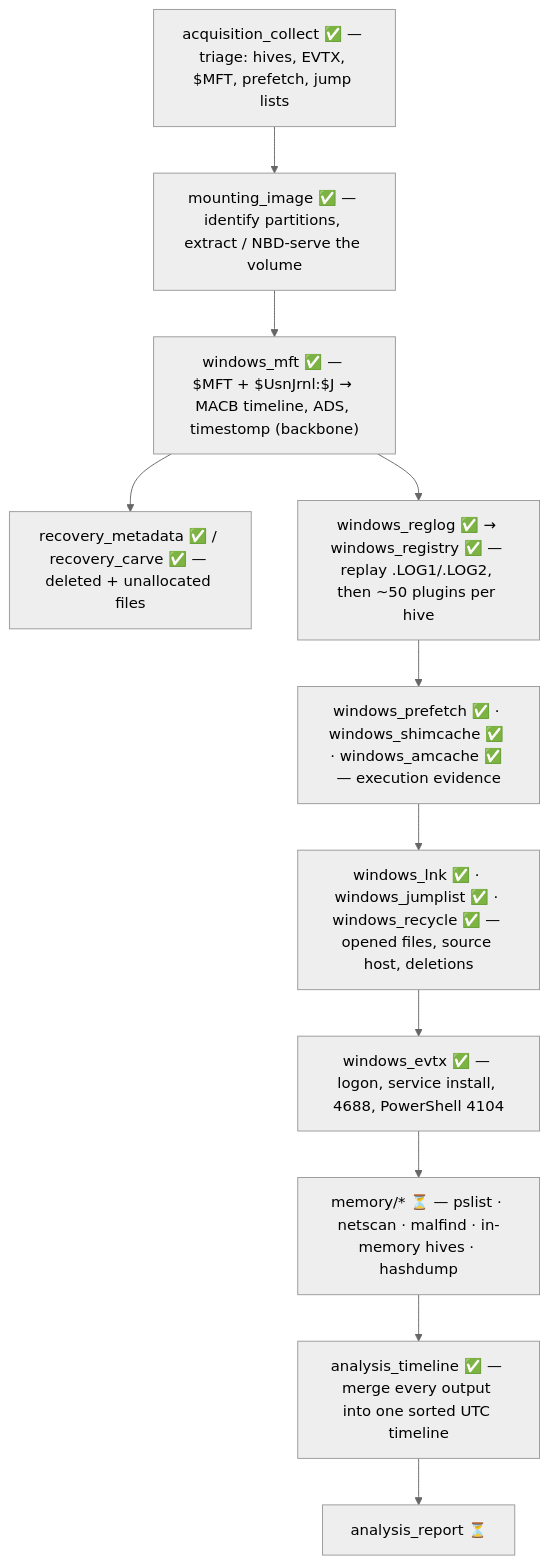
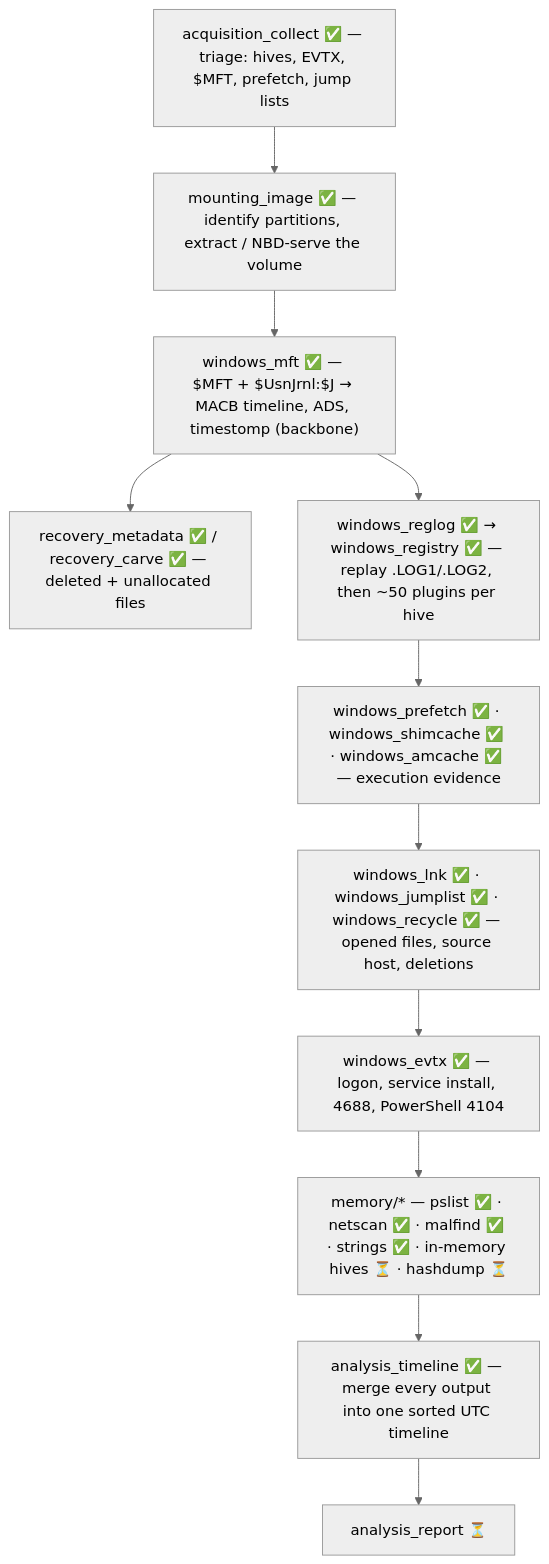
One commit to mostafaimam/Forensics-Tools changed the second of 4 diagrams in README.md. Above: the diagram before and after it, drawn with Mermaid (neutral theme). The commit also changed other lines of this file and 18 other files, not shown here.

First line of the commit message:
Add memory_malfind: injected / unbacked executable memory in a Windows RAM dump

````diff
--- a/README.md
+++ b/README.md
@@ -143,13 +144,13 @@
 ```mermaid
 flowchart TD
     A["acquisition_collect ✅ — triage: hives, EVTX, $MFT, prefetch, jump lists"] --> B["mounting_image ✅ — identify partitions, extract / NBD-serve the volume"]
     B --> C["windows_mft ✅ — $MFT + $UsnJrnl:$J → MACB timeline, ADS, timestomp (backbone)"]
     C --> RC["recovery_metadata ✅ / recovery_carve ✅ — deleted + unallocated files"]
     C --> D["windows_reglog ✅ → windows_registry ✅ — replay .LOG1/.LOG2, then ~50 plugins per hive"]
     D --> E["windows_prefetch ✅ · windows_shimcache ✅ · windows_amcache ✅ — execution evidence"]
     E --> F["windows_lnk ✅ · windows_jumplist ✅ · windows_recycle ✅ — opened files, source host, deletions"]
     F --> G["windows_evtx ✅ — logon, service install, 4688, PowerShell 4104"]
-    G --> H["memory/* ⏳ — pslist · netscan · malfind · in-memory hives · hashdump"]
+    G --> H["memory/* — pslist ✅ · netscan ✅ · malfind ✅ · strings ✅ · in-memory hives ⏳ · hashdump ⏳"]
     H --> I["analysis_timeline ✅ — merge every output into one sorted UTC timeline"]
     I --> J["analysis_report ⏳"]
 ```
````
